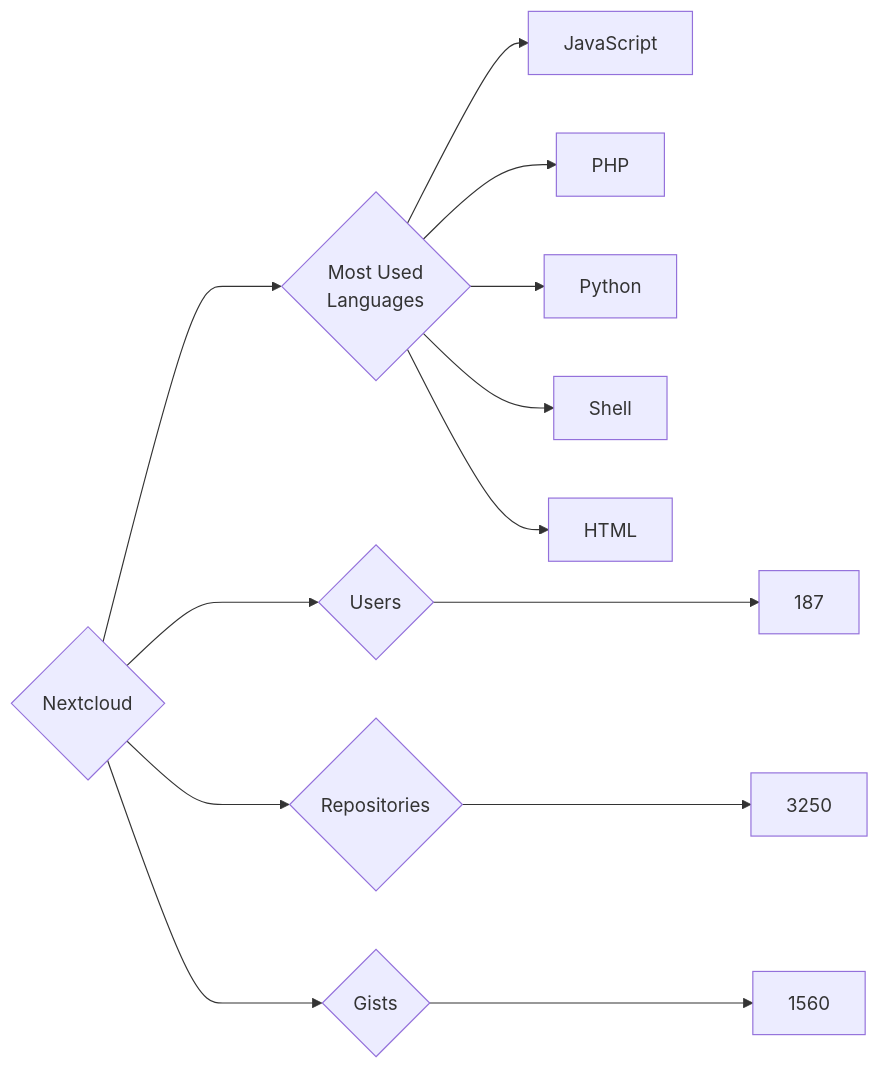
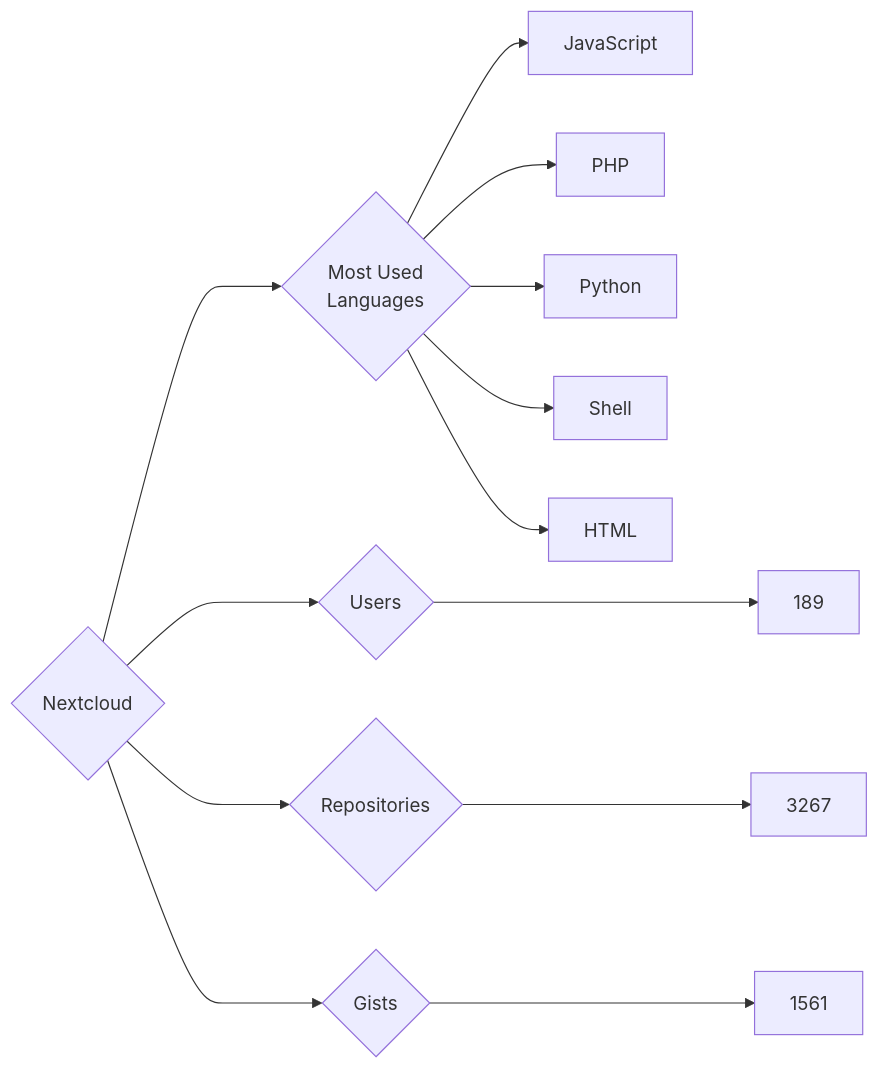
Before and after one commit to trickest/insiders: the diagram in targets/Nextcloud/README.md, drawn with Mermaid. The commit also changed 965 other files, not shown here.

````diff
--- a/targets/Nextcloud/README.md
+++ b/targets/Nextcloud/README.md
@@ -3,13 +3,13 @@
 ```mermaid
 graph LR
 COMPANY_NAME{Nextcloud}
-COMPANY_NAME ---> U{Users} ---> UN[187]
-COMPANY_NAME ---> R{Repositories} ---> RN[3250]
-COMPANY_NAME ---> G{Gists} ---> GN[1560]
+COMPANY_NAME ---> U{Users} ---> UN[189]
+COMPANY_NAME ---> R{Repositories} ---> RN[3267]
+COMPANY_NAME ---> G{Gists} ---> GN[1561]
 COMPANY_NAME ---> ML{Most Used<br>Languages}
 ML --> JavaScript[JavaScript]
 ML --> PHP[PHP]
 ML --> Python[Python]
 ML --> Shell[Shell]
 ML --> HTML[HTML]
 ```
````
